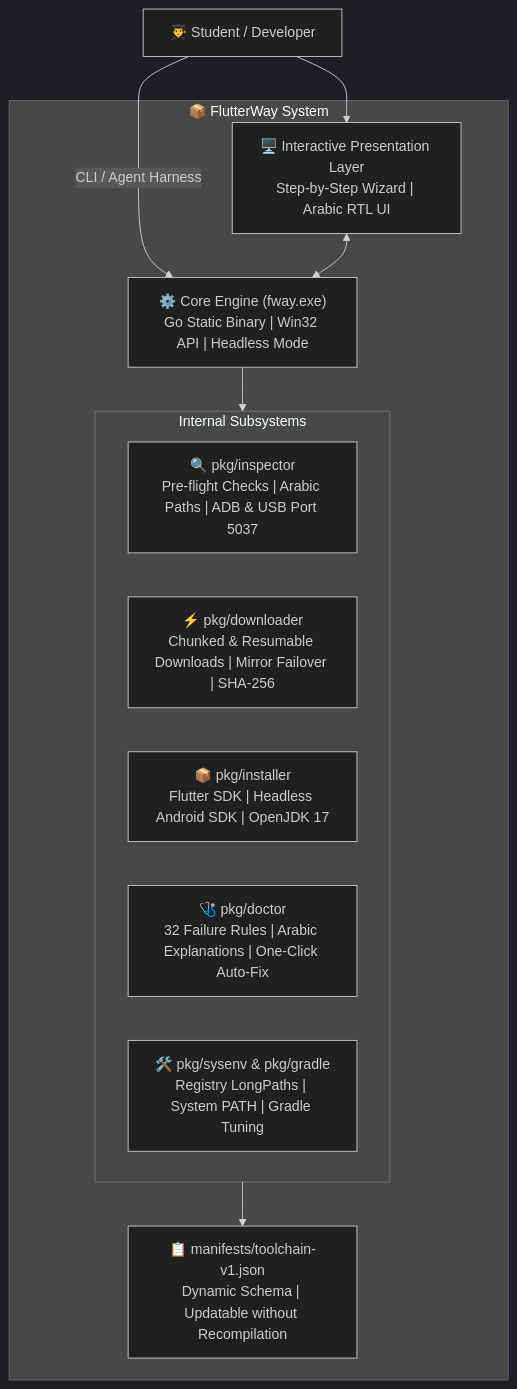
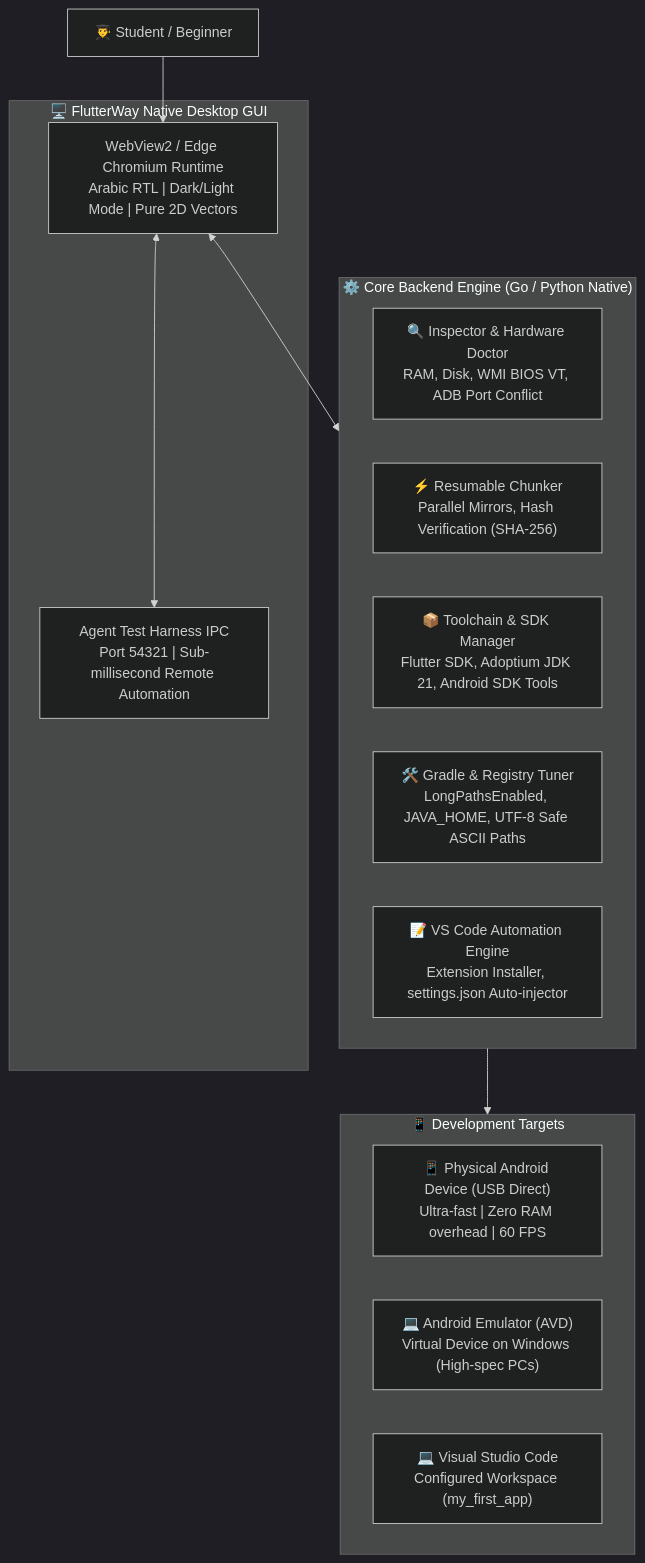
The diagram in README.md (AboALhasanx/flutterway), drawn with Mermaid (dark theme) before and after one commit. The commit also changed other lines of this file and 7 other files, not shown here.

Commit message:
docs: comprehensive bilingual readme with ui tour, 2d vector branding, architecture and quickstart guide

````diff
--- a/README.md
+++ b/README.md
@@ -25,25 +42,28 @@
 ```mermaid
 flowchart TD
-    User["👨‍🎓 Student / Developer"]
+    User["👨‍🎓 Student / Beginner"]
     
-    subgraph FlutterWay ["📦 FlutterWay System"]
-        CLI["⚙️ Core Engine (fway.exe)\nGo Static Binary | Win32 API | Headless Mode"]
-        GUI["🖥️ Interactive Presentation Layer\nStep-by-Step Wizard | Arabic RTL UI"]
-        
-        subgraph Subsystems ["Internal Subsystems"]
-            Inspector["🔍 pkg/inspector\nPre-flight Checks | Arabic Paths | ADB & USB Port 5037"]
-            Downloader["⚡ pkg/downloader\nChunked & Resumable Downloads | Mirror Failover | SHA-256"]
-            Installer["📦 pkg/installer\nFlutter SDK | Headless Android SDK | OpenJDK 17"]
-            Doctor["🩺 pkg/doctor\n32 Failure Rules | Arabic Explanations | One-Click Auto-Fix"]
-            SysEnv["🛠️ pkg/sysenv & pkg/gradle\nRegistry LongPaths | System PATH | Gradle Tuning"]
-        end
-        
-        Manifest["📋 manifests/toolchain-v1.json\nDynamic Schema | Updatable without Recompilation"]
+    subgraph Presentation ["🖥️ FlutterWay Native Desktop GUI"]
+        Webview["WebView2 / Edge Chromium Runtime\nArabic RTL | Dark/Light Mode | Pure 2D Vectors"]
+        HarnessIPC["Agent Test Harness IPC\nPort 54321 | Sub-millisecond Remote Automation"]
     end
 
-    User --> GUI
-    User -->|CLI / Agent Harness| CLI
-    GUI <--> CLI
-    CLI --> Subsystems
-    Subsystems --> Manifest
+    subgraph CoreEngine ["⚙️ Core Backend Engine (Go / Python Native)"]
+        Inspector["🔍 Inspector & Hardware Doctor\nRAM, Disk, WMI BIOS VT, ADB Port Conflict"]
+        Downloader["⚡ Resumable Chunker\nParallel Mirrors, Hash Verification (SHA-256)"]
+        ToolchainMgr["📦 Toolchain & SDK Manager\nFlutter SDK, Adoptium JDK 21, Android SDK Tools"]
+        GradleTuner["🛠️ Gradle & Registry Tuner\nLongPathsEnabled, JAVA_HOME, UTF-8 Safe ASCII Paths"]
+        VSCodeIntegrator["📝 VS Code Automation Engine\nExtension Installer, settings.json Auto-injector"]
+    end
+
+    subgraph Targets ["📱 Development Targets"]
+        Phone["📱 Physical Android Device (USB Direct)\nUltra-fast | Zero RAM overhead | 60 FPS"]
+        Emulator["💻 Android Emulator (AVD)\nVirtual Device on Windows (High-spec PCs)"]
+        VSCodeIDE["💻 Visual Studio Code\nConfigured Workspace (my_first_app)"]
+    end
+
+    User --> Webview
+    Webview <--> HarnessIPC
+    Webview <--> CoreEngine
+    CoreEngine --> Targets
 ```
````
